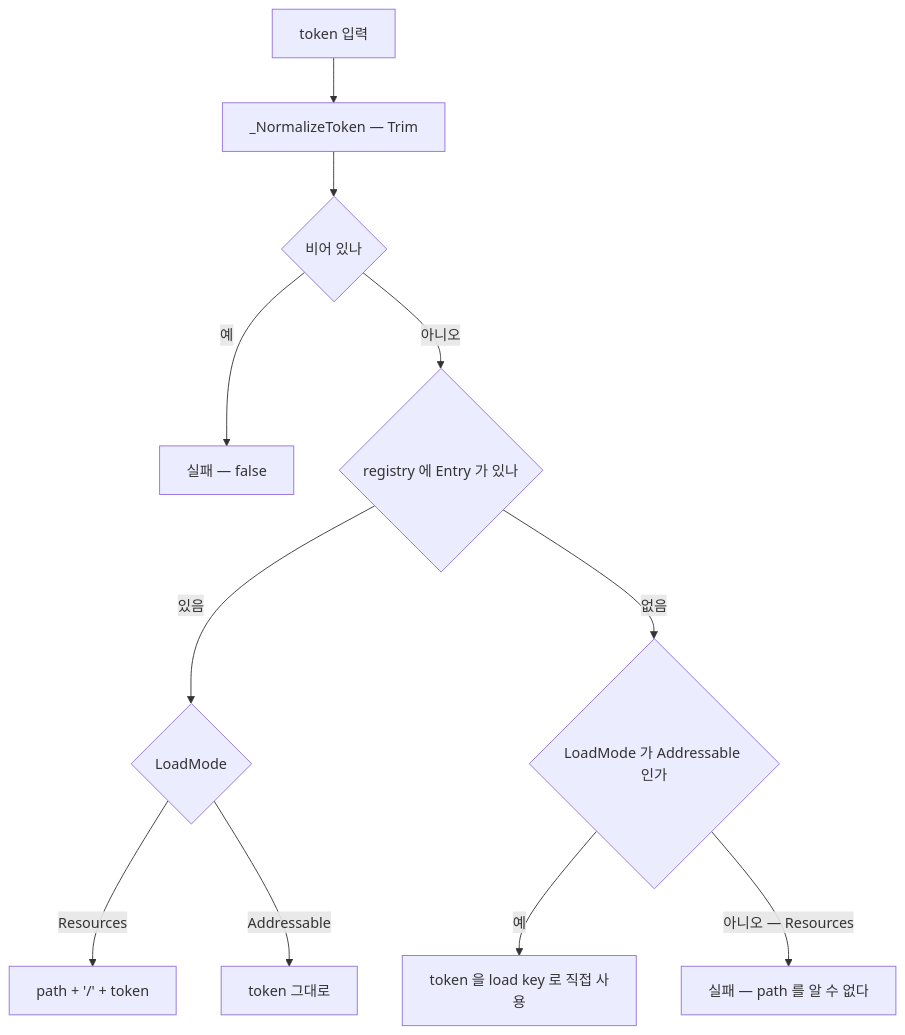
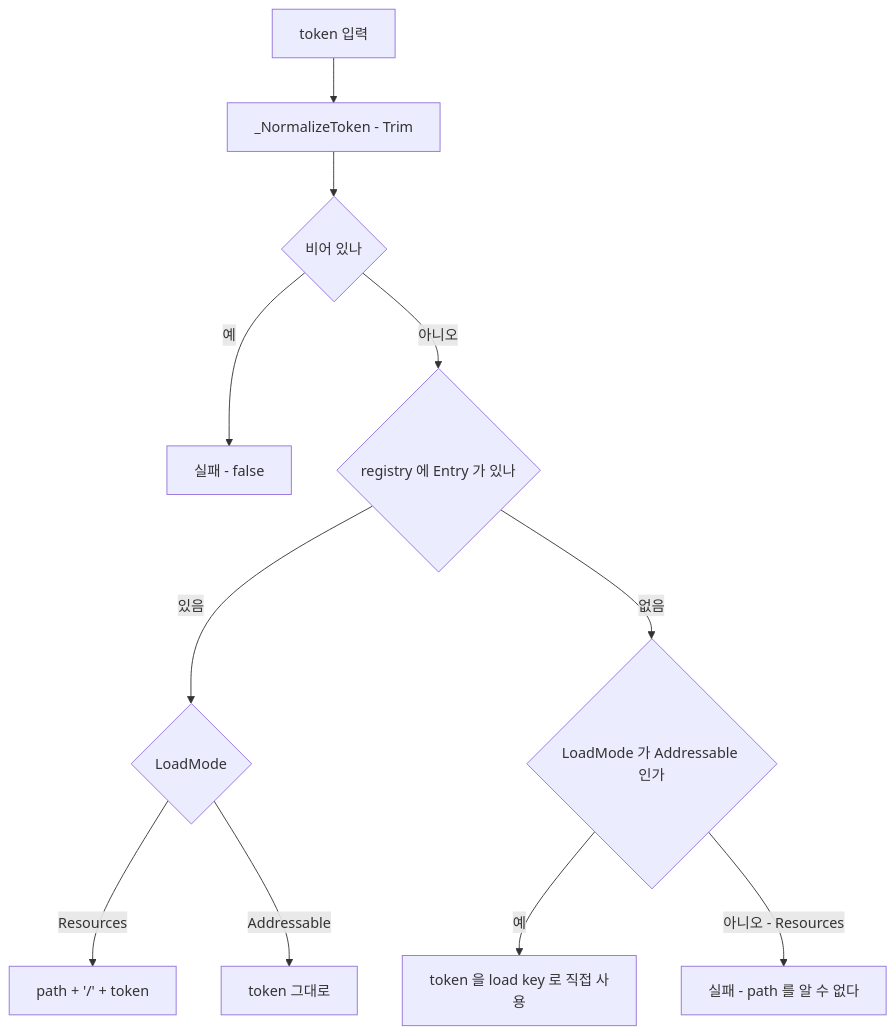
The second of 9 diagrams in HAudio/Runtime/README.md (HoHong123/HCUP-Unity), drawn with Mermaid before and after one commit. The commit also changed other lines of this file, not shown here.

````diff
--- a/HAudio/Runtime/README.md
+++ b/HAudio/Runtime/README.md
@@ -122,13 +122,13 @@
 ```mermaid
 flowchart TD
-    T["token 입력"] --> N["_NormalizeToken — Trim"]
+    T["token 입력"] --> N["_NormalizeToken - Trim"]
     N --> Q{"비어 있나"}
-    Q -->|예| X["실패 — false"]
+    Q -->|예| X["실패 - false"]
     Q -->|아니오| R{"registry 에 Entry 가 있나"}
     R -->|있음| M{"LoadMode"}
     M -->|Resources| RK["path + '/' + token"]
     M -->|Addressable| AK["token 그대로"]
     R -->|"없음"| F{"LoadMode 가 Addressable 인가"}
     F -->|예| AK2["token 을 load key 로 직접 사용"]
-    F -->|"아니오 — Resources"| X2["실패 — path 를 알 수 없다"]
+    F -->|"아니오 - Resources"| X2["실패 - path 를 알 수 없다"]
 ```
````
